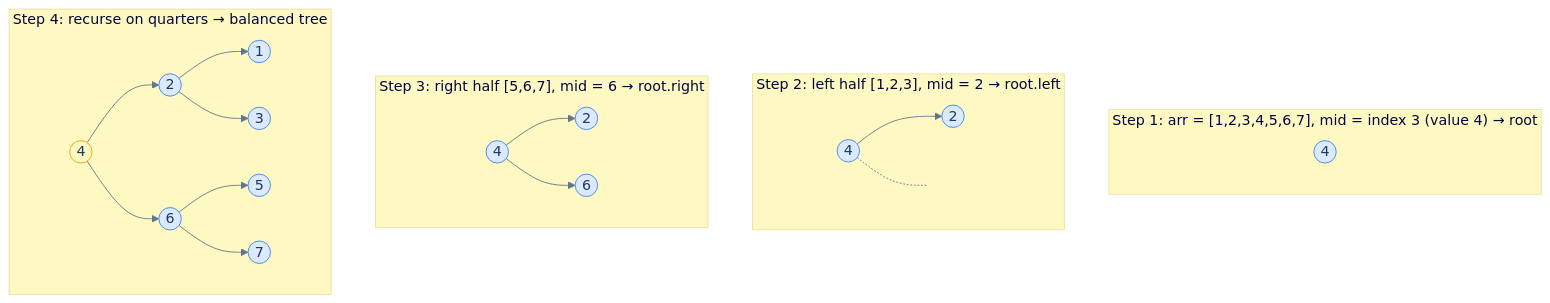
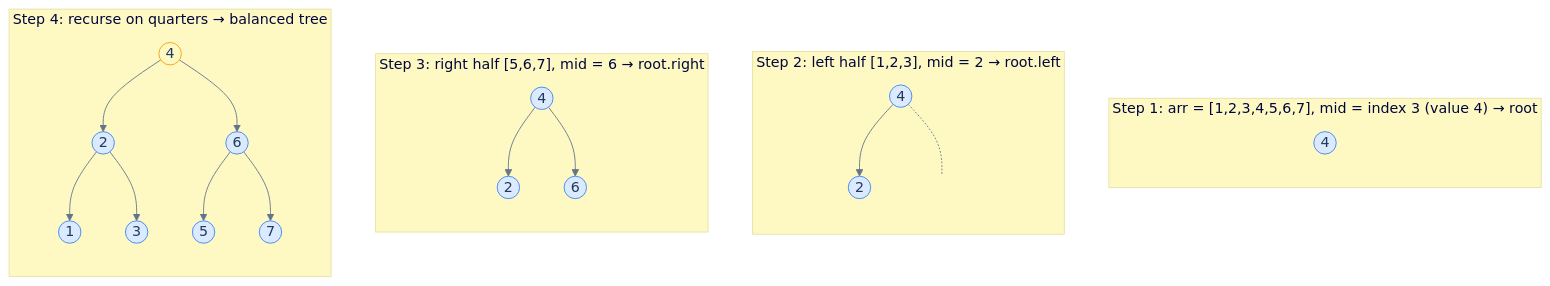
One commit to ani2fun/note-book changed the second of 4 diagrams in src/computer-science/DSA/data-structures/8.binary-search-tree/07-constructing-a-binary-search-tree.md. Above: the diagram before and after it, drawn with Mermaid. The commit also changed other lines of this file and 4 other files, not shown here.

````diff
--- a/src/computer-science/DSA/data-structures/8.binary-search-tree/07-constructing-a-binary-search-tree.md
+++ b/src/computer-science/DSA/data-structures/8.binary-search-tree/07-constructing-a-binary-search-tree.md
@@ -85,47 +89,51 @@
 ```mermaid
 ---
 config:
   theme: base
   themeVariables:
     primaryColor: "#dbeafe"
     primaryBorderColor: "#3b82f6"
     primaryTextColor: "#1e3a5f"
     lineColor: "#64748b"
     secondaryColor: "#ede9fe"
     tertiaryColor: "#fef9c3"
 ---
 flowchart TB
     subgraph A1["Step 1: arr = [1,2,3,4,5,6,7], mid = index 3 (value 4) → root"]
+        direction TB
         N1((4))
     end
     subgraph A2["Step 2: left half [1,2,3], mid = 2 → root.left"]
+        direction TB
         N2((4))
         L2((2))
         N2 --> L2
         N2 -.- N2R[ ]
         style N2R fill:none,stroke:none
     end
     subgraph A3["Step 3: right half [5,6,7], mid = 6 → root.right"]
+        direction TB
         N3((4))
         L3((2))
         R3((6))
         N3 --> L3
         N3 --> R3
     end
     subgraph A4["Step 4: recurse on quarters → balanced tree"]
+        direction TB
         N4((4))
         L4((2))
         R4((6))
         LL((1))
         LR((3))
         RL((5))
         RR((7))
         N4 --> L4
         N4 --> R4
         L4 --> LL
         L4 --> LR
         R4 --> RL
         R4 --> RR
         style N4 fill:#fef9c3,stroke:#f59e0b
     end
 ```
````
